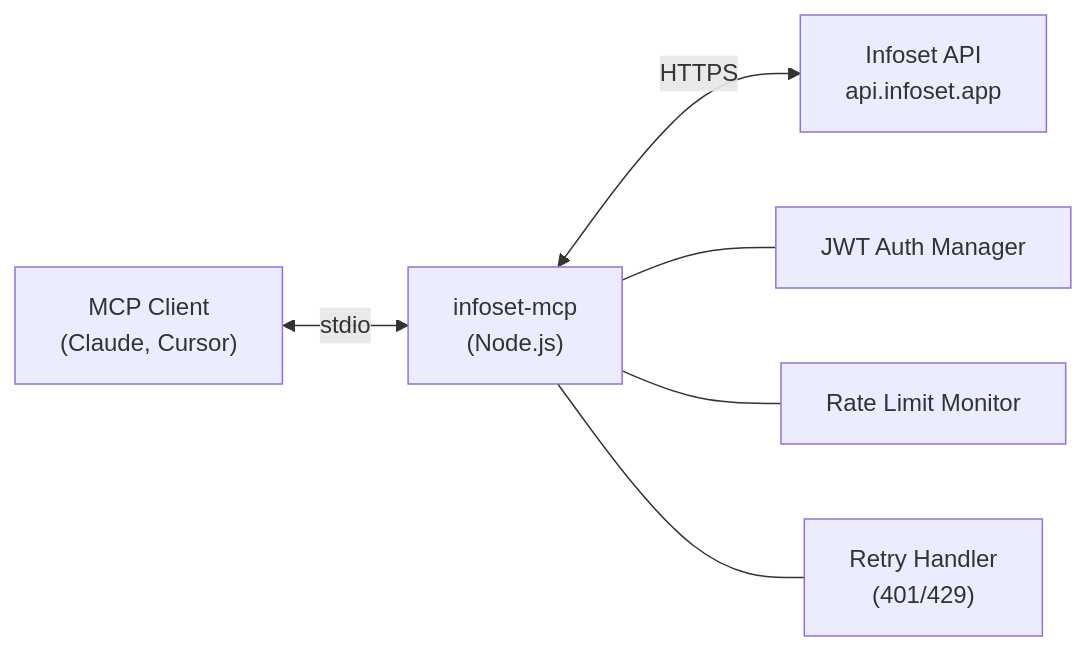
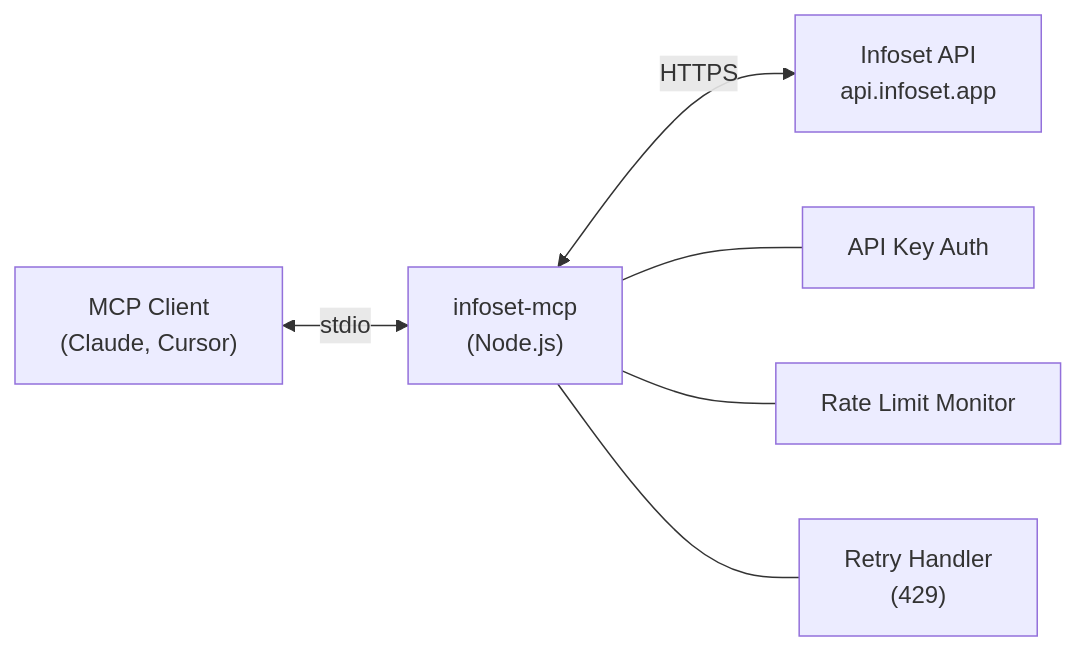
One commit to sudohakan/infoset-mcp changed the diagram in README.md. Above: the diagram before and after it, drawn with Mermaid. The commit also changed other lines of this file and 11 other files, not shown here.

Commit message:
Production readiness: API key auth, vulnerability fix, docs sync, cleanup

````diff
--- a/README.md
+++ b/README.md
@@ -234,8 +244,8 @@
 ```mermaid
 flowchart LR
     A["MCP Client<br>(Claude, Cursor)"] <-->|stdio| B["infoset-mcp<br>(Node.js)"]
     B <-->|HTTPS| C["Infoset API<br>api.infoset.app"]
-    B --- D["JWT Auth Manager"]
+    B --- D["API Key Auth"]
     B --- E["Rate Limit Monitor"]
-    B --- F["Retry Handler<br>(401/429)"]
+    B --- F["Retry Handler<br>(429)"]
 ```
````
